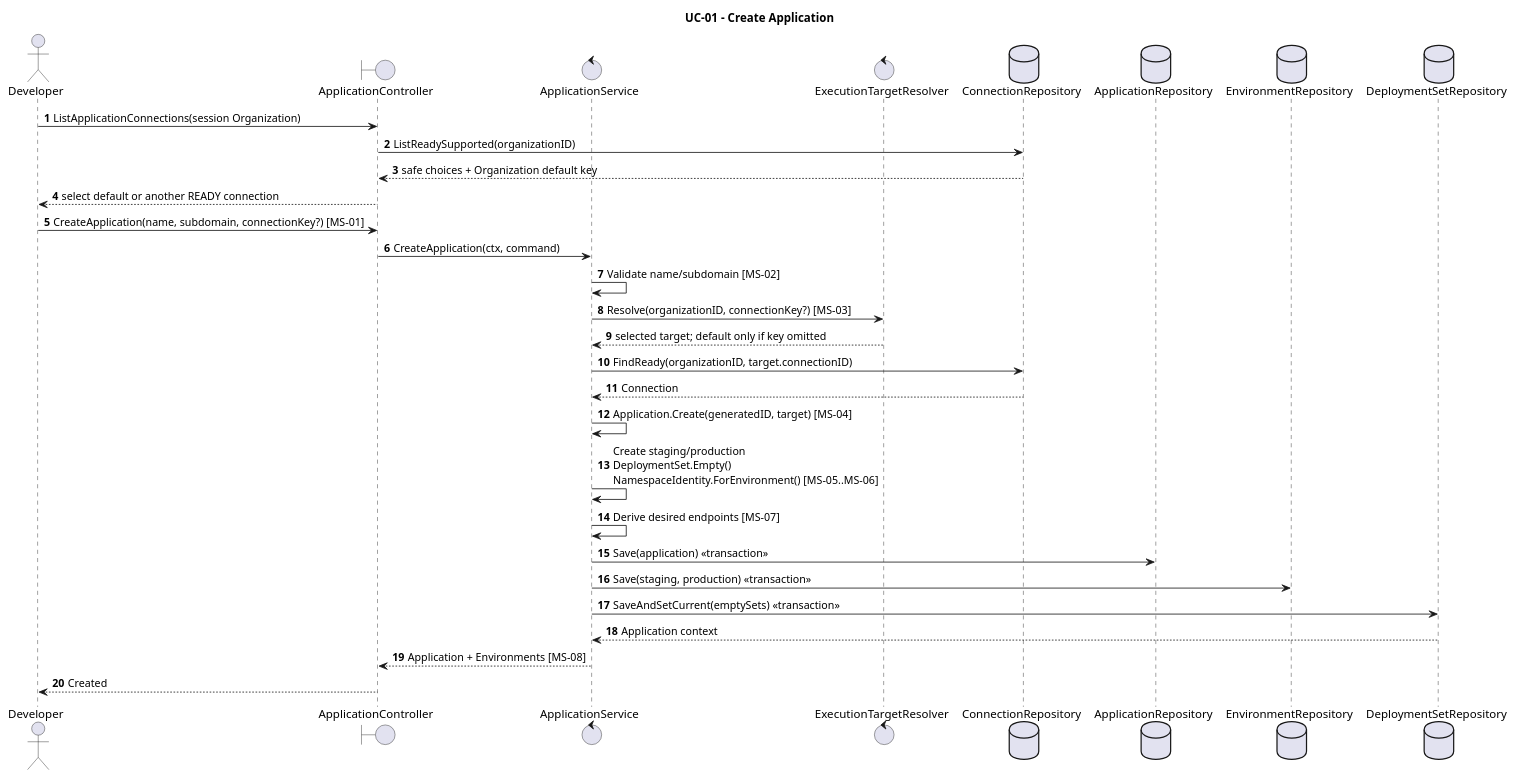
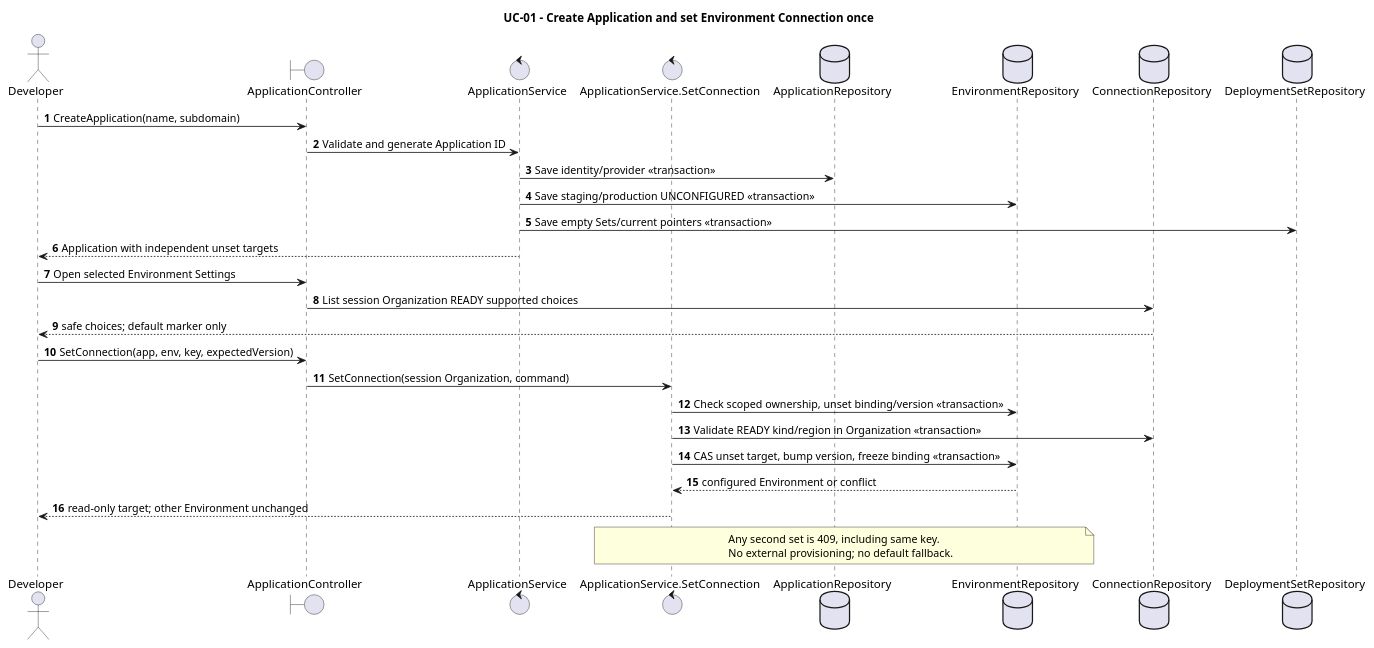
The diagram in orchestrator_docs/usecase/UC-01/sequence.puml (pr3s3nt/poc), drawn with PlantUML before and after one commit. The commit also changed 137 other files, not shown here.

Commit message:
feat: bind execution connections once per environment

```diff
--- a/orchestrator_docs/usecase/UC-01/sequence.puml
+++ b/orchestrator_docs/usecase/UC-01/sequence.puml
@@ -1,33 +1,32 @@
 @startuml
-title UC-01 - Create Application
+title UC-01 - Create Application and set Environment Connection once
 autonumber
 actor Developer as Dev
 boundary ApplicationController as API
 control ApplicationService as Service
-control ExecutionTargetResolver as TargetResolver
-database ConnectionRepository as ConnectionRepo
-database ApplicationRepository as AppRepo
-database EnvironmentRepository as EnvRepo
-database DeploymentSetRepository as SetRepo
-
-Dev -> API: ListApplicationConnections(session Organization)
-API -> ConnectionRepo: ListReadySupported(organizationID)
-ConnectionRepo --> API: safe choices + Organization default key
-API --> Dev: select default or another READY connection
-Dev -> API: CreateApplication(name, subdomain, connectionKey?) [MS-01]
-API -> Service: CreateApplication(ctx, command)
-Service -> Service: Validate name/subdomain [MS-02]
-Service -> TargetResolver: Resolve(organizationID, connectionKey?) [MS-03]
-TargetResolver --> Service: selected target; default only if key omitted
-Service -> ConnectionRepo: FindReady(organizationID, target.connectionID)
-ConnectionRepo --> Service: Connection
-Service -> Service: Application.Create(generatedID, target) [MS-04]
-Service -> Service: Create staging/production\nDeploymentSet.Empty()\nNamespaceIdentity.ForEnvironment() [MS-05..MS-06]
-Service -> Service: Derive desired endpoints [MS-07]
-Service -> AppRepo: Save(application) <<transaction>>
-Service -> EnvRepo: Save(staging, production) <<transaction>>
-Service -> SetRepo: SaveAndSetCurrent(emptySets) <<transaction>>
-SetRepo --> Service: Application context
-Service --> API: Application + Environments [MS-08]
-API --> Dev: Created
+control "ApplicationService.SetConnection" as Target
+database ApplicationRepository as Apps
+database EnvironmentRepository as Envs
+database ConnectionRepository as Connections
+database DeploymentSetRepository as Sets
+Dev -> API: CreateApplication(name, subdomain)
+API -> Service: Validate and generate Application ID
+Service -> Apps: Save identity/provider <<transaction>>
+Service -> Envs: Save staging/production UNCONFIGURED <<transaction>>
+Service -> Sets: Save empty Sets/current pointers <<transaction>>
+Service --> Dev: Application with independent unset targets
+Dev -> API: Open selected Environment Settings
+API -> Connections: List session Organization READY supported choices
+Connections --> Dev: safe choices; default marker only
+Dev -> API: SetConnection(app, env, key, expectedVersion)
+API -> Target: SetConnection(session Organization, command)
+Target -> Envs: Check scoped ownership, unset binding/version <<transaction>>
+Target -> Connections: Validate READY kind/region in Organization <<transaction>>
+Target -> Envs: CAS unset target, bump version, freeze binding <<transaction>>
+Envs --> Target: configured Environment or conflict
+Target --> Dev: read-only target; other Environment unchanged
+note over Target,Envs
+Any second set is 409, including same key.
+No external provisioning; no default fallback.
+end note
 @enduml
```
